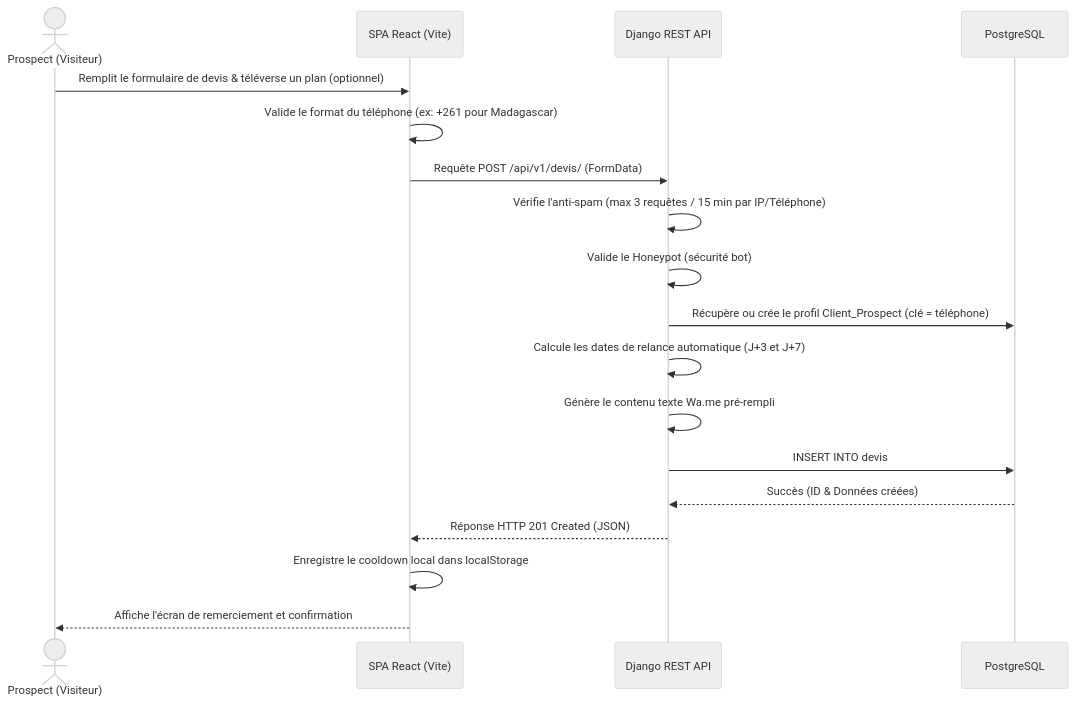
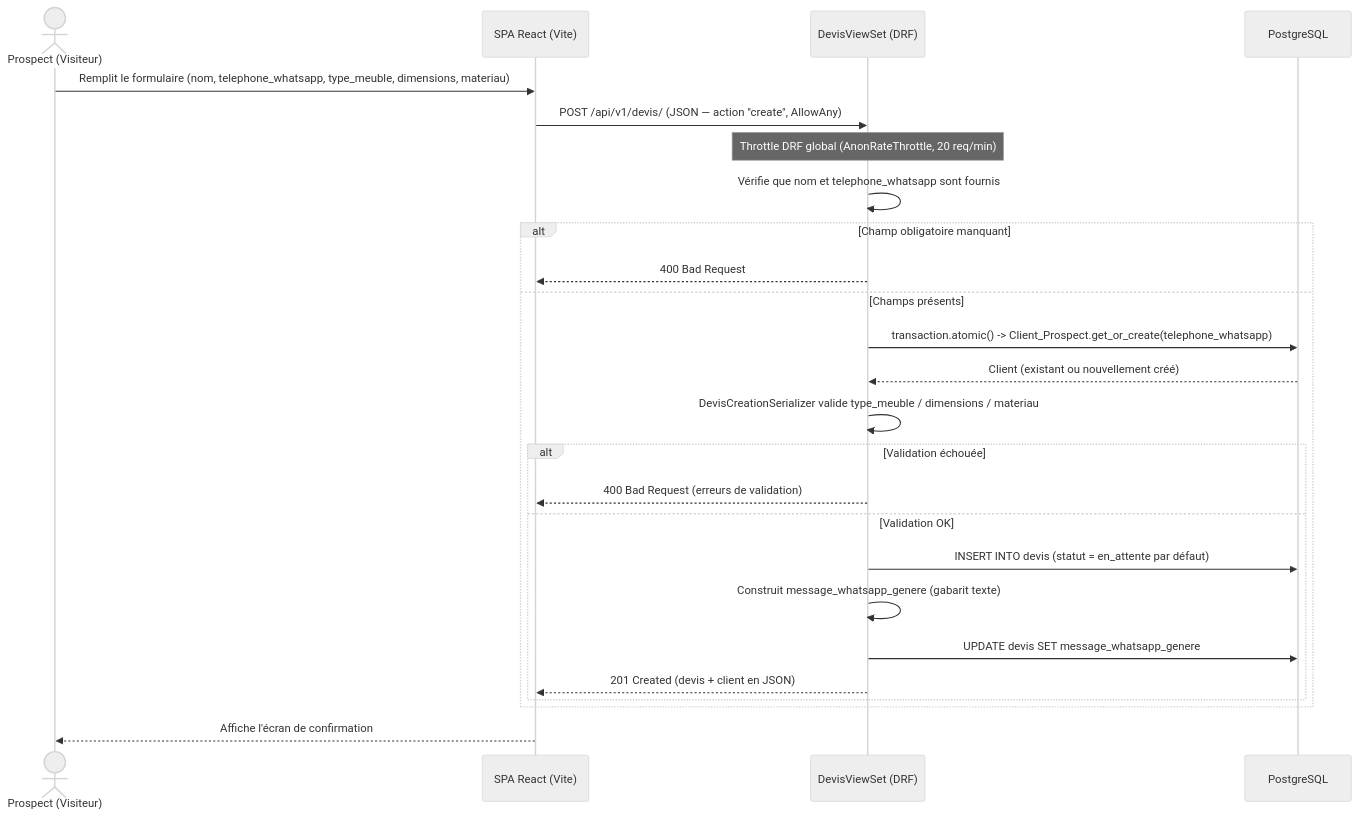
One commit to Crypoune/holberton_portfolio_project changed the third of 5 diagrams in README.md. Above: the diagram before and after it, drawn with Mermaid (neutral theme). The commit also changed other lines of this file, not shown here.

````diff
--- a/README.md
+++ b/README.md
@@ -189,21 +192,29 @@
 ```mermaid
 sequenceDiagram
     actor Visiteur as Prospect (Visiteur)
     participant Front as SPA React (Vite)
-    participant Back as Django REST API
+    participant API as DevisViewSet (DRF)
     participant DB as PostgreSQL
 
-    Visiteur->>Front: Remplit le formulaire de devis & téléverse un plan (optionnel)
-    Front->>Front: Valide le format du téléphone (ex: +261 pour Madagascar)
-    Front->>Back: Requête POST /api/v1/devis/ (FormData)
-    Back->>Back: Vérifie l'anti-spam (max 3 requêtes / 15 min par IP/Téléphone)
-    Back->>Back: Valide le Honeypot (sécurité bot)
-    Back->>DB: Récupère ou crée le profil Client_Prospect (clé = téléphone)
-    Back->>Back: Calcule les dates de relance automatique (J+3 et J+7)
-    Back->>Back: Génère le contenu texte Wa.me pré-rempli
-    Back->>DB: INSERT INTO devis
-    DB-->>Back: Succès (ID & Données créées)
-    Back-->>Front: Réponse HTTP 201 Created (JSON)
-    Front->>Front: Enregistre le cooldown local dans localStorage
-    Front-->>Visiteur: Affiche l'écran de remerciement et confirmation
+    Visiteur->>Front: Remplit le formulaire (nom, telephone_whatsapp, type_meuble, dimensions, materiau)
+    Front->>API: POST /api/v1/devis/ (JSON — action "create", AllowAny)
+    Note over API: Throttle DRF global (AnonRateThrottle, 20 req/min)
+
+    API->>API: Vérifie que nom et telephone_whatsapp sont fournis
+    alt Champ obligatoire manquant
+        API-->>Front: 400 Bad Request
+    else Champs présents
+        API->>DB: transaction.atomic() -> Client_Prospect.get_or_create(telephone_whatsapp)
+        DB-->>API: Client (existant ou nouvellement créé)
+        API->>API: DevisCreationSerializer valide type_meuble / dimensions / materiau
+        alt Validation échouée
+            API-->>Front: 400 Bad Request (erreurs de validation)
+        else Validation OK
+            API->>DB: INSERT INTO devis (statut = en_attente par défaut)
+            API->>API: Construit message_whatsapp_genere (gabarit texte)
+            API->>DB: UPDATE devis SET message_whatsapp_genere
+            API-->>Front: 201 Created (devis + client en JSON)
+        end
+    end
+    Front-->>Visiteur: Affiche l'écran de confirmation
 ```
````
